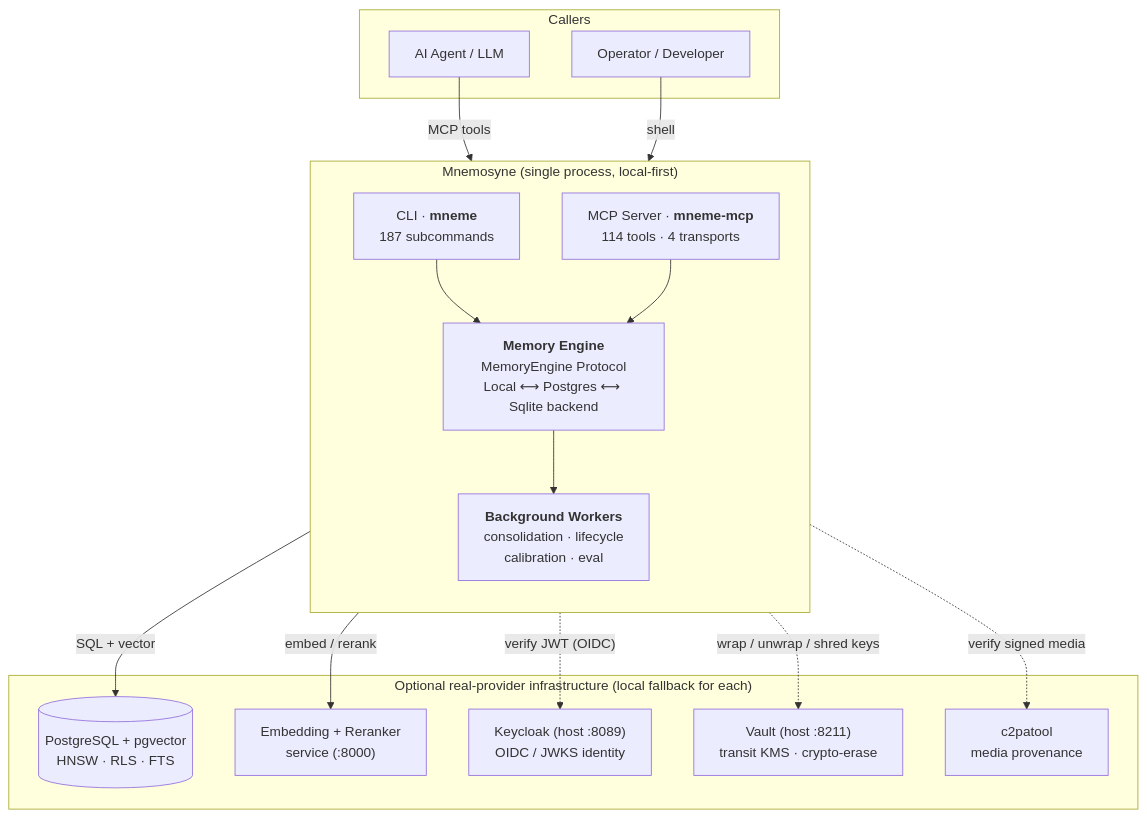
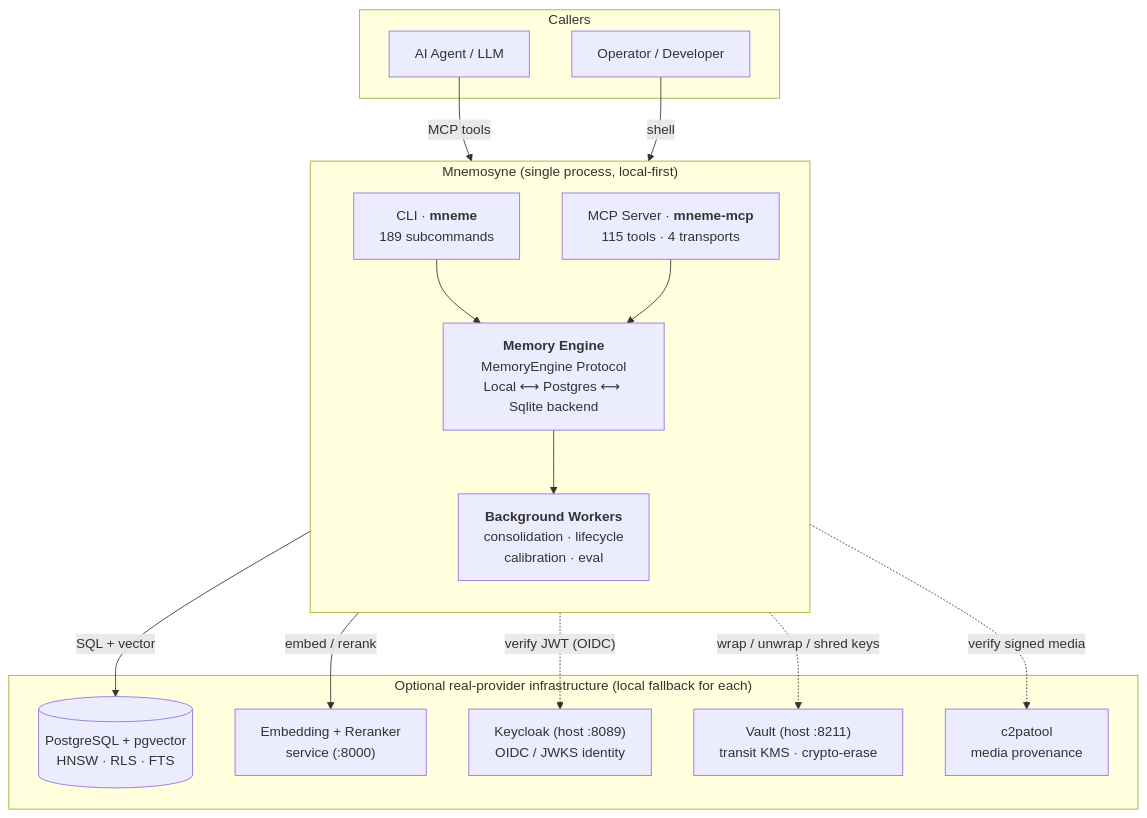
One commit to onfire7777/Mnemosyne changed the first of 8 diagrams in docs/ARCHITECTURE-OVERVIEW.md. Above: the diagram before and after it, drawn with Mermaid. The commit also changed other lines of this file and 54 other files, not shown here.

````diff
--- a/docs/ARCHITECTURE-OVERVIEW.md
+++ b/docs/ARCHITECTURE-OVERVIEW.md
@@ -39,34 +39,34 @@
 ```mermaid
 flowchart TB
     subgraph clients["Callers"]
         AGENT["AI Agent / LLM"]
         HUMAN["Operator / Developer"]
     end
 
     subgraph mneme["Mnemosyne (single process, local-first)"]
         direction TB
-        CLI["CLI · <b>mneme</b><br/>187 subcommands"]
-        MCP["MCP Server · <b>mneme-mcp</b><br/>114 tools · 4 transports"]
+        CLI["CLI · <b>mneme</b><br/>189 subcommands"]
+        MCP["MCP Server · <b>mneme-mcp</b><br/>115 tools · 4 transports"]
         ENGINE["<b>Memory Engine</b><br/>MemoryEngine Protocol<br/>Local ⟷ Postgres ⟷ Sqlite backend"]
         WORK["<b>Background Workers</b><br/>consolidation · lifecycle<br/>calibration · eval"]
         CLI --> ENGINE
         MCP --> ENGINE
         ENGINE --> WORK
     end
 
     subgraph infra["Optional real-provider infrastructure (local fallback for each)"]
         PG[("PostgreSQL + pgvector<br/>HNSW · RLS · FTS")]
         EMB["Embedding + Reranker<br/>service (:8000)"]
         KC["Keycloak (host :8089)<br/>OIDC / JWKS identity"]
         VAULT["Vault (host :8211)<br/>transit KMS · crypto-erase"]
         C2PA["c2patool<br/>media provenance"]
     end
 
     AGENT -->|"MCP tools"| MCP
     HUMAN -->|"shell"| CLI
     ENGINE -->|"SQL + vector"| PG
     ENGINE -->|"embed / rerank"| EMB
     ENGINE -. "verify JWT (OIDC)" .-> KC
     ENGINE -. "wrap / unwrap / shred keys" .-> VAULT
     ENGINE -. "verify signed media" .-> C2PA
 ```
````
